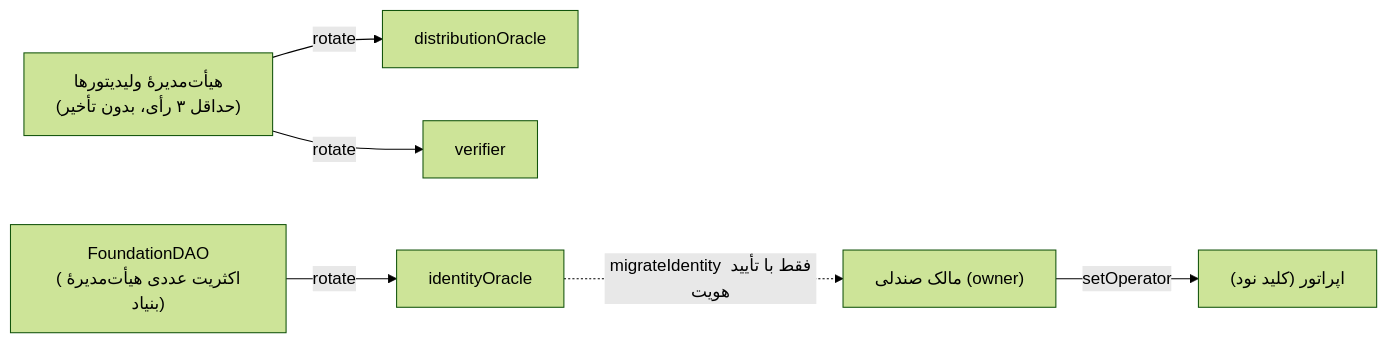
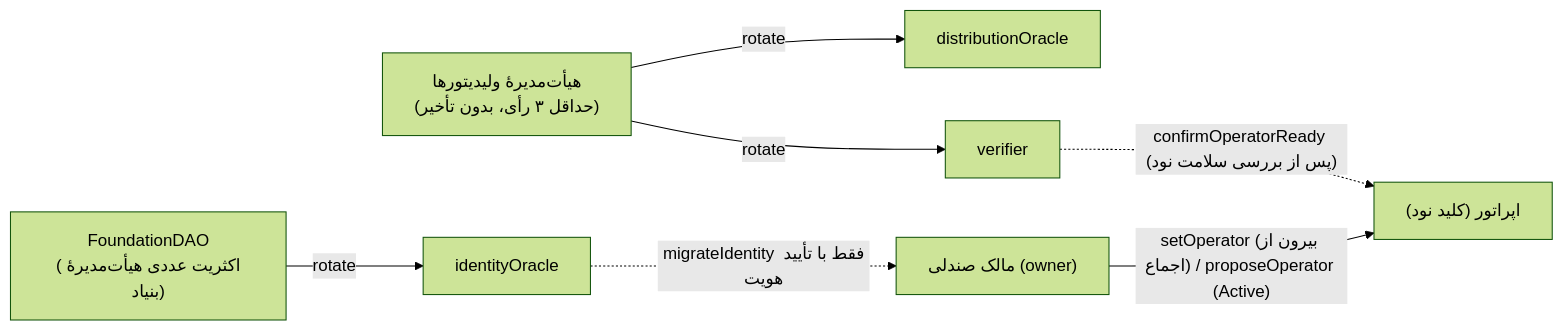
The second of 2 diagrams in technical-design/sur-onchain-offchain-architecture.md (Sur-network/sur-new), drawn with Mermaid (forest theme) before and after one commit. The commit also changed other lines of this file and 27 other files, not shown here.

````diff
--- a/technical-design/sur-onchain-offchain-architecture.md
+++ b/technical-design/sur-onchain-offchain-architecture.md
@@ -113,8 +113,9 @@
 ```mermaid
 flowchart LR
   BRD["هیأت‌مدیرهٔ ولیدیتورها<br/>(حداقل ۳ رأی، بدون تأخیر)"] -->|rotate| DO["distributionOracle"]
   BRD -->|rotate| VER["verifier"]
   FDN["FoundationDAO<br/>(اکثریت عددی هیأت‌مدیرهٔ بنیاد)"] -->|rotate| IO["identityOracle"]
-  OWN["مالک صندلی (owner)"] -->|setOperator| OP["اپراتور (کلید نود)"]
+  OWN["مالک صندلی (owner)"] -->|"setOperator (بیرون از اجماع) / proposeOperator (Active)"| OP["اپراتور (کلید نود)"]
+  VER -.->|"confirmOperatorReady (پس از بررسی سلامت نود)"| OP
   IO -.->|migrateIdentity فقط با تأیید هویت| OWN
 ```
````
